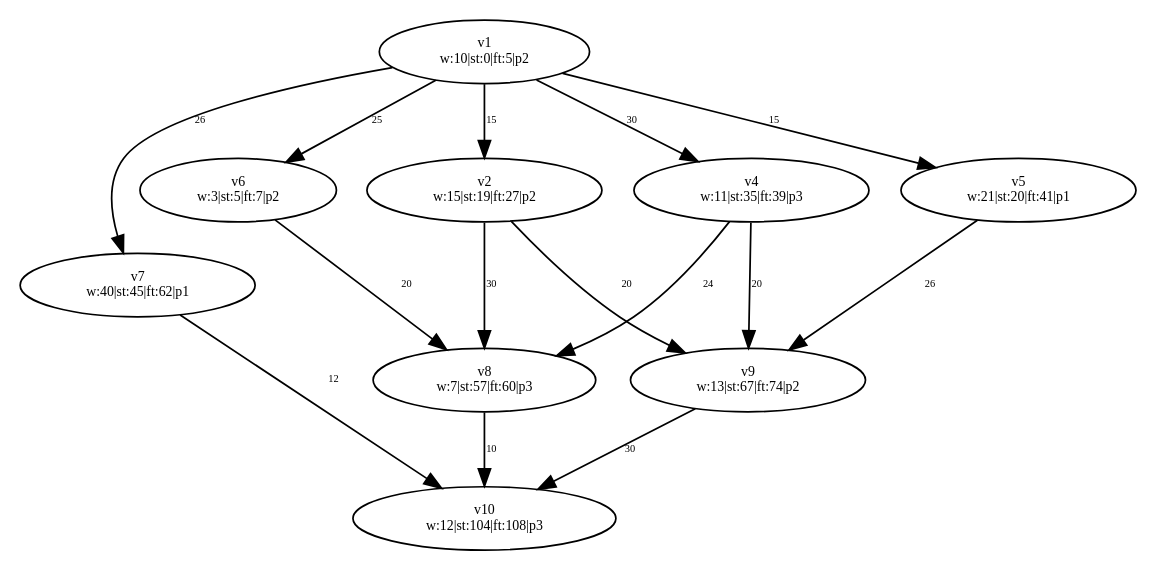
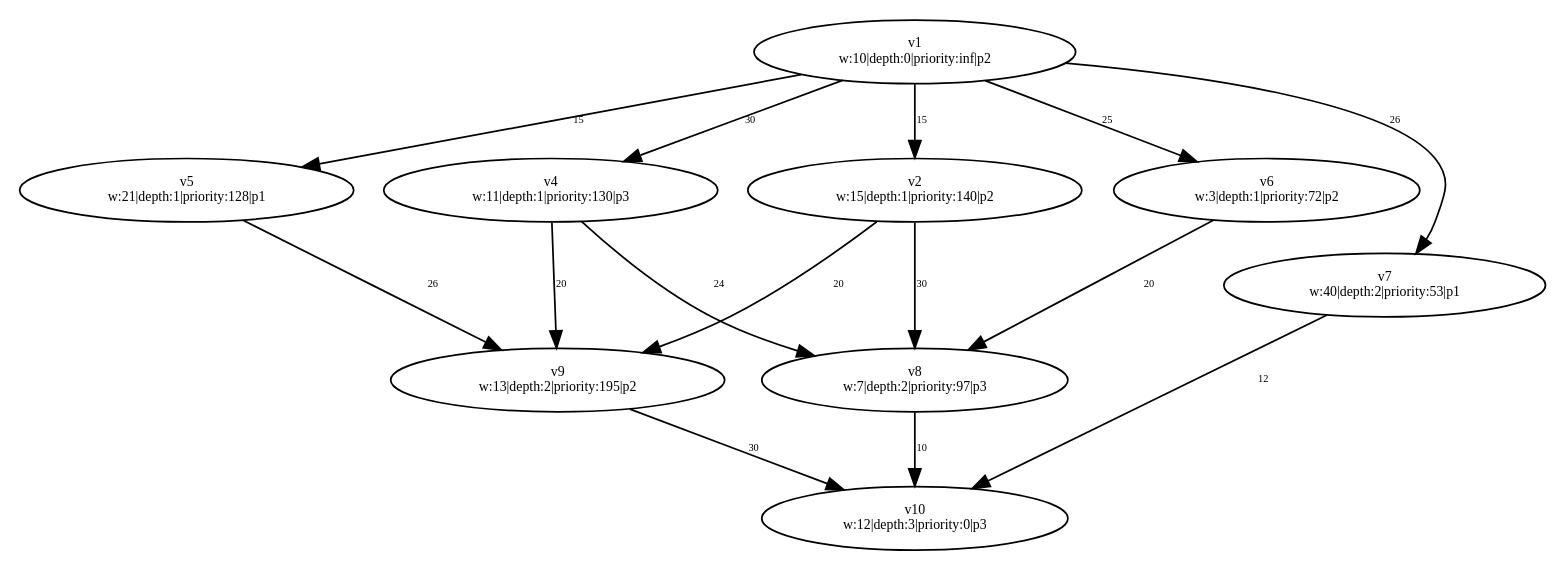
The diagram in PythonApplication1/PythonApplication1/test-output/slika_7_Simplified.gv (dexters1/Task-Scheduling-Based-on-Genetic-Algorithms), drawn with Graphviz before and after one commit. The commit also changed 42 other files, not shown here.

Commit message:
Ostaje unitTestiranje za citav Graph i Processor module

```diff
--- a/PythonApplication1/PythonApplication1/test-output/slika_7_Simplified.gv
+++ b/PythonApplication1/PythonApplication1/test-output/slika_7_Simplified.gv
@@ -1,34 +1,34 @@
 digraph {
 	v1 [label="v1
-w:10|st:0|ft:5|p2" fontsize=8.0]
+w:10|depth:0|priority:inf|p2" fontsize=8.0]
+	v2 [label="v2
+w:15|depth:1|priority:140|p2" fontsize=8.0]
+	v4 [label="v4
+w:11|depth:1|priority:130|p3" fontsize=8.0]
+	v5 [label="v5
+w:21|depth:1|priority:128|p1" fontsize=8.0]
 	v6 [label="v6
-w:3|st:5|ft:7|p2" fontsize=8.0]
-	v5 [label="v5
-w:21|st:20|ft:41|p1" fontsize=8.0]
-	v4 [label="v4
-w:11|st:35|ft:39|p3" fontsize=8.0]
-	v2 [label="v2
-w:15|st:19|ft:27|p2" fontsize=8.0]
+w:3|depth:1|priority:72|p2" fontsize=8.0]
+	v9 [label="v9
+w:13|depth:2|priority:195|p2" fontsize=8.0]
+	v8 [label="v8
+w:7|depth:2|priority:97|p3" fontsize=8.0]
 	v7 [label="v7
-w:40|st:45|ft:62|p1" fontsize=8.0]
-	v8 [label="v8
-w:7|st:57|ft:60|p3" fontsize=8.0]
-	v9 [label="v9
-w:13|st:67|ft:74|p2" fontsize=8.0]
+w:40|depth:2|priority:53|p1" fontsize=8.0]
 	v10 [label="v10
-w:12|st:104|ft:108|p3" fontsize=8.0]
+w:12|depth:3|priority:0|p3" fontsize=8.0]
 	v1 -> v2 [label=15 constraint=true fontsize=6.0]
 	v1 -> v4 [label=30 constraint=true fontsize=6.0]
 	v1 -> v5 [label=15 constraint=true fontsize=6.0]
 	v1 -> v6 [label=25 constraint=true fontsize=6.0]
 	v2 -> v8 [label=30 constraint=true fontsize=6.0]
 	v2 -> v9 [label=20 constraint=true fontsize=6.0]
 	v4 -> v8 [label=24 constraint=true fontsize=6.0]
 	v4 -> v9 [label=20 constraint=true fontsize=6.0]
 	v5 -> v9 [label=26 constraint=true fontsize=6.0]
 	v6 -> v8 [label=20 constraint=true fontsize=6.0]
 	v7 -> v10 [label=12 constraint=true fontsize=6.0]
 	v8 -> v10 [label=10 constraint=true fontsize=6.0]
 	v9 -> v10 [label=30 constraint=true fontsize=6.0]
 	v1 -> v7 [label=26 constraint=true fontsize=6.0]
 }
```
